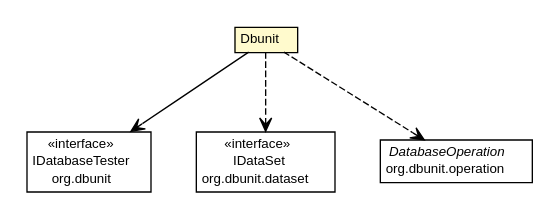
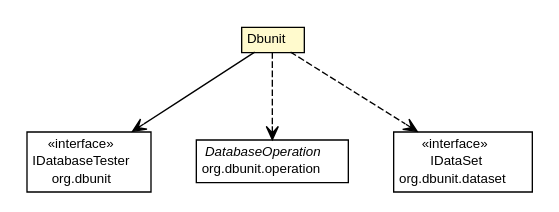
The diagram in dddlib-db/apidocs/org/dayatang/dbunit/Dbunit.dot (dayatang/dddlib), drawn with Graphviz before and after one commit. The commit also changed 137 other files, not shown here.

```diff
--- a/dddlib-db/apidocs/org/dayatang/dbunit/Dbunit.dot
+++ b/dddlib-db/apidocs/org/dayatang/dbunit/Dbunit.dot
@@ -1,47 +1,47 @@
 #!/usr/local/bin/dot
 #
 # Class diagram 
 # Generated by UMLGraph version R5_6_6-8-g8d7759 (http://www.umlgraph.org/)
 #
 
 digraph G {
 	edge [fontname="Helvetica",fontsize=10,labelfontname="Helvetica",labelfontsize=10];
 	node [fontname="Helvetica",fontsize=10,shape=plaintext];
 	nodesep=0.25;
 	ranksep=0.5;
 	// org.dayatang.dbunit.Dbunit
 	c465 [label=<<table title="org.dayatang.dbunit.Dbunit" border="0" cellborder="1" cellspacing="0" cellpadding="2" port="p" bgcolor="lemonChiffon" href="./Dbunit.html">
 		<tr><td><table border="0" cellspacing="0" cellpadding="1">
 <tr><td align="center" balign="center"> Dbunit </td></tr>
 		</table></td></tr>
 		</table>>, URL="./Dbunit.html", fontname="Helvetica", fontcolor="black", fontsize=10.0];
 	// org.dayatang.dbunit.Dbunit NAVASSOC org.dbunit.IDatabaseTester
 	c465:p -> c470:p [taillabel="", label=" "headlabel="", fontname="Helvetica", fontcolor="black", fontsize=10.0, color="black", arrowhead=open];
+	// org.dayatang.dbunit.Dbunit DEPEND org.dbunit.operation.DatabaseOperation
+	c465:p -> c471:p [taillabel="", label=" "headlabel="", fontname="Helvetica", fontcolor="black", fontsize=10.0, color="black", arrowhead=open, style=dashed];
 	// org.dayatang.dbunit.Dbunit DEPEND org.dbunit.dataset.IDataSet
-	c465:p -> c471:p [taillabel="", label=" "headlabel="", fontname="Helvetica", fontcolor="black", fontsize=10.0, color="black", arrowhead=open, style=dashed];
-	// org.dayatang.dbunit.Dbunit DEPEND org.dbunit.operation.DatabaseOperation
 	c465:p -> c472:p [taillabel="", label=" "headlabel="", fontname="Helvetica", fontcolor="black", fontsize=10.0, color="black", arrowhead=open, style=dashed];
 	// org.dbunit.operation.DatabaseOperation
-	c472 [label=<<table title="org.dbunit.operation.DatabaseOperation" border="0" cellborder="1" cellspacing="0" cellpadding="2" port="p" href="http://java.sun.com/j2se/1.4.2/docs/api/org/dbunit/operation/DatabaseOperation.html">
+	c471 [label=<<table title="org.dbunit.operation.DatabaseOperation" border="0" cellborder="1" cellspacing="0" cellpadding="2" port="p" href="http://java.sun.com/j2se/1.4.2/docs/api/org/dbunit/operation/DatabaseOperation.html">
 		<tr><td><table border="0" cellspacing="0" cellpadding="1">
 <tr><td align="center" balign="center"><font face="Helvetica-Oblique"> DatabaseOperation </font></td></tr>
 <tr><td align="center" balign="center"> org.dbunit.operation </td></tr>
 		</table></td></tr>
 		</table>>, URL="http://java.sun.com/j2se/1.4.2/docs/api/org/dbunit/operation/DatabaseOperation.html", fontname="Helvetica", fontcolor="black", fontsize=10.0];
 	// org.dbunit.dataset.IDataSet
-	c471 [label=<<table title="org.dbunit.dataset.IDataSet" border="0" cellborder="1" cellspacing="0" cellpadding="2" port="p" href="http://java.sun.com/j2se/1.4.2/docs/api/org/dbunit/dataset/IDataSet.html">
+	c472 [label=<<table title="org.dbunit.dataset.IDataSet" border="0" cellborder="1" cellspacing="0" cellpadding="2" port="p" href="http://java.sun.com/j2se/1.4.2/docs/api/org/dbunit/dataset/IDataSet.html">
 		<tr><td><table border="0" cellspacing="0" cellpadding="1">
 <tr><td align="center" balign="center"> &#171;interface&#187; </td></tr>
 <tr><td align="center" balign="center"> IDataSet </td></tr>
 <tr><td align="center" balign="center"> org.dbunit.dataset </td></tr>
 		</table></td></tr>
 		</table>>, URL="http://java.sun.com/j2se/1.4.2/docs/api/org/dbunit/dataset/IDataSet.html", fontname="Helvetica", fontcolor="black", fontsize=10.0];
 	// org.dbunit.IDatabaseTester
 	c470 [label=<<table title="org.dbunit.IDatabaseTester" border="0" cellborder="1" cellspacing="0" cellpadding="2" port="p" href="http://java.sun.com/j2se/1.4.2/docs/api/org/dbunit/IDatabaseTester.html">
 		<tr><td><table border="0" cellspacing="0" cellpadding="1">
 <tr><td align="center" balign="center"> &#171;interface&#187; </td></tr>
 <tr><td align="center" balign="center"> IDatabaseTester </td></tr>
 <tr><td align="center" balign="center"> org.dbunit </td></tr>
 		</table></td></tr>
 		</table>>, URL="http://java.sun.com/j2se/1.4.2/docs/api/org/dbunit/IDatabaseTester.html", fontname="Helvetica", fontcolor="black", fontsize=10.0];
 }
```
